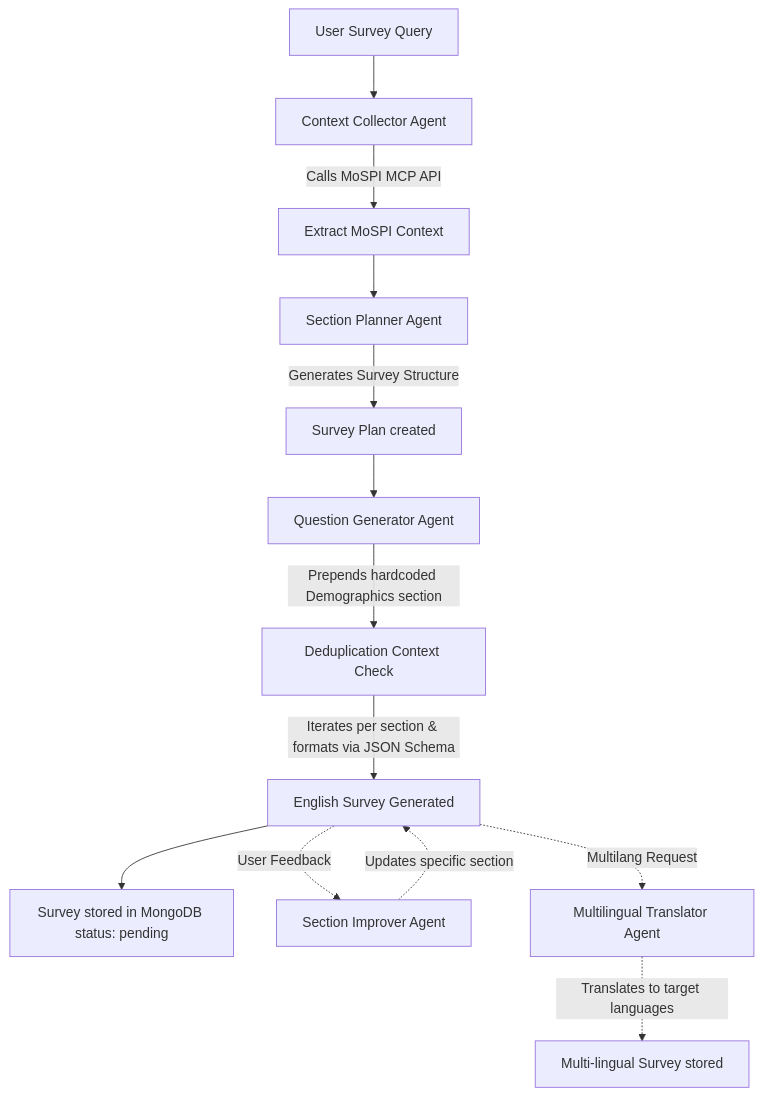
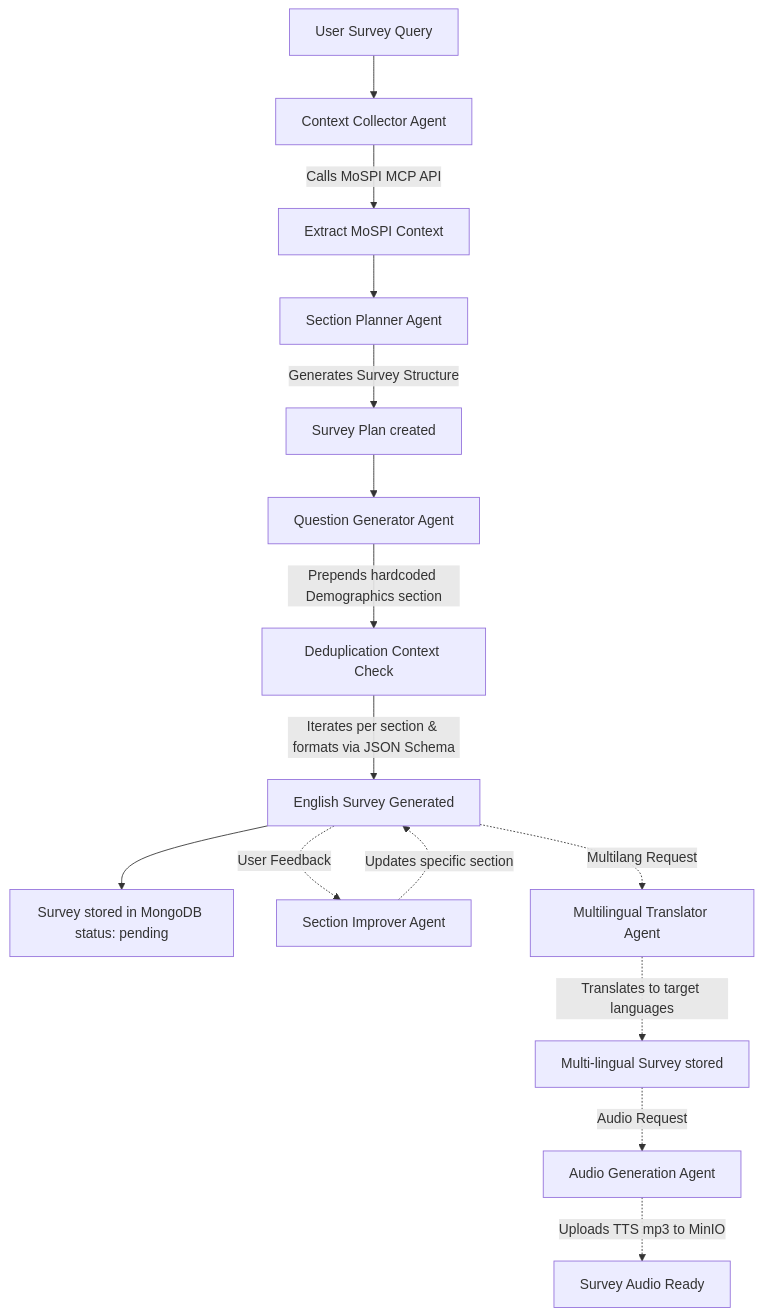
Before and after one commit to Shreevathsa05/Statathon-Narad: the diagram in backend/ai/readme.md, drawn with Mermaid. The commit also changed other lines of this file and 6 other files, not shown here.

````diff
--- a/backend/ai/readme.md
+++ b/backend/ai/readme.md
@@ -13,18 +13,21 @@
 ```mermaid
 graph TD
     A[User Survey Query] --> B[Context Collector Agent]
     B -->|Calls MoSPI MCP API| C[Extract MoSPI Context]
     C --> D[Section Planner Agent]
     D -->|Generates Survey Structure| E[Survey Plan created]
     E --> F[Question Generator Agent]
     F -->|Prepends hardcoded Demographics section| F1[Deduplication Context Check]
     F1 -->|Iterates per section & formats via JSON Schema| G[English Survey Generated]
     G --> H[Survey stored in MongoDB status: pending]
     
     %% Optional Cycles
     G -.->|User Feedback| I[Section Improver Agent]
     I -.->|Updates specific section| G
     
     G -.->|Multilang Request| J[Multilingual Translator Agent]
     J -.->|Translates to target languages| K[Multi-lingual Survey stored]
+    
+    K -.->|Audio Request| L[Audio Generation Agent]
+    L -.->|Uploads TTS mp3 to MinIO| M[Survey Audio Ready]
 ```
````
